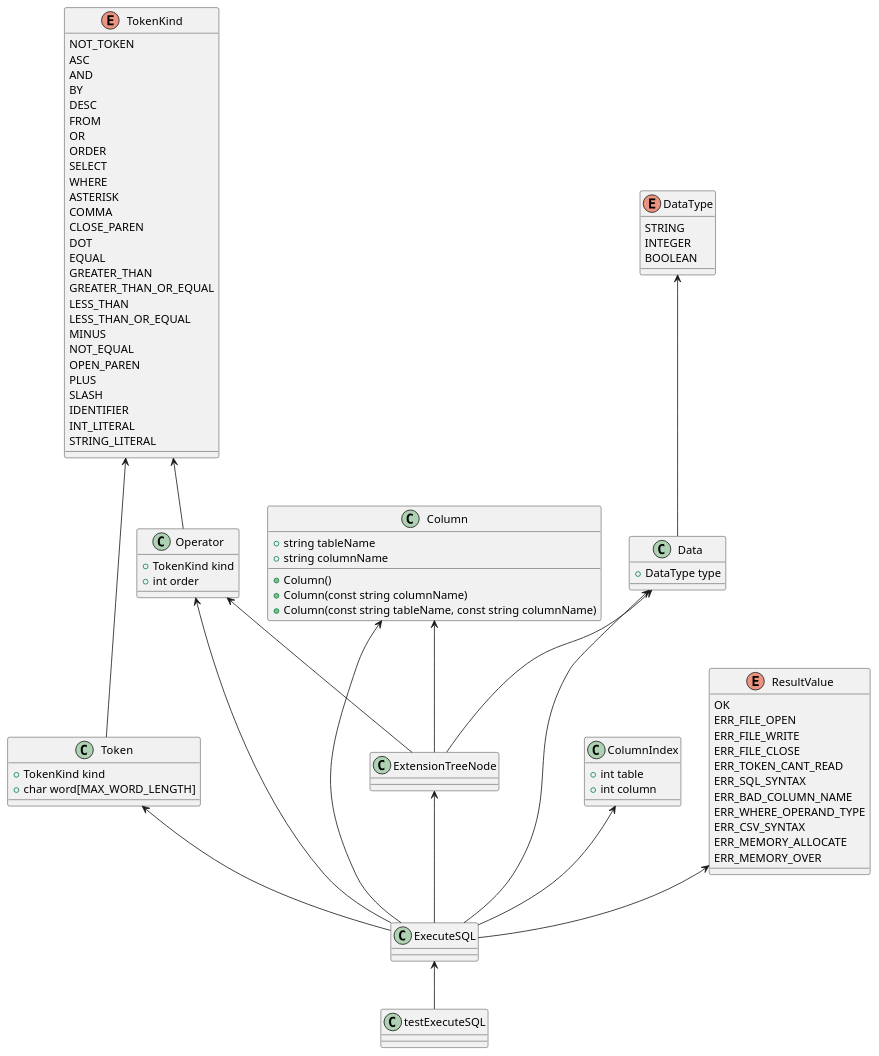
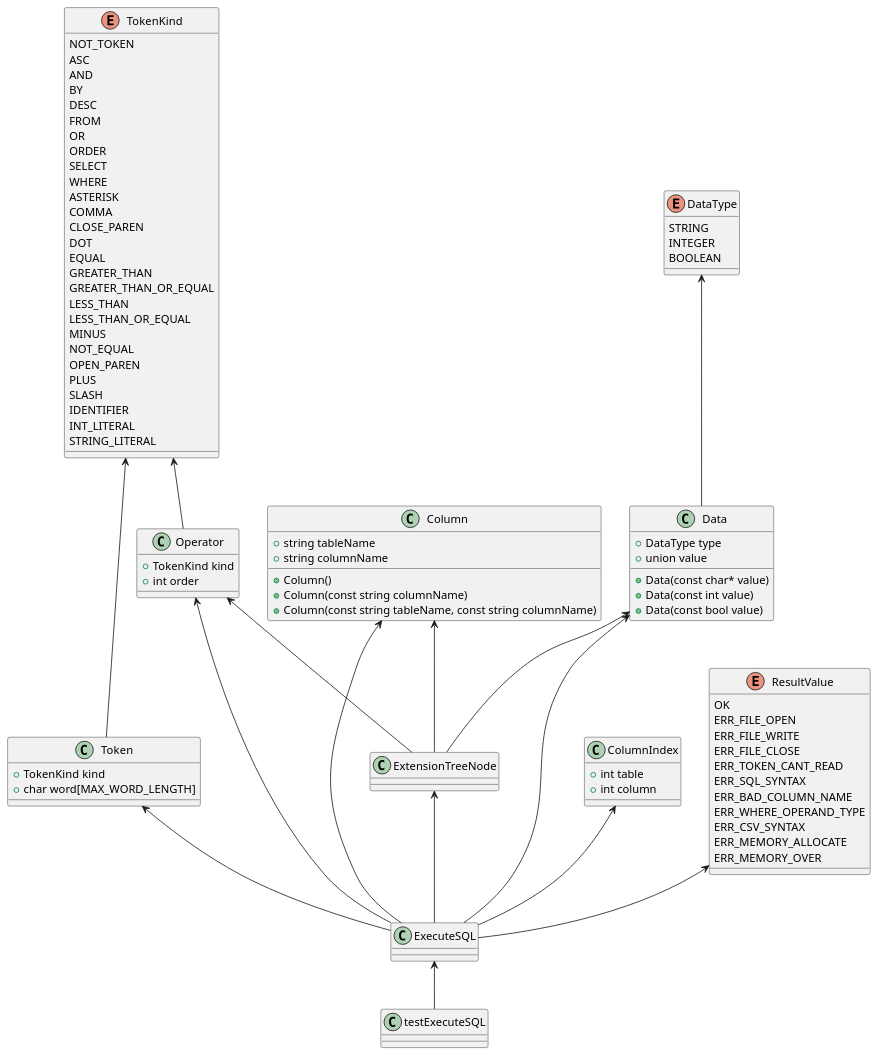
The diagram in ExecuteSQL.pu (yotten/TinySQL), drawn with PlantUML before and after one commit.

Commit message:
058.事前準備

```diff
--- a/ExecuteSQL.pu
+++ b/ExecuteSQL.pu
@@ -1,90 +1,94 @@
 @startuml
 
 class testExecuteSQL {}
 class ExecuteSQL {}
 class Data {
     +DataType type
+	+union value
+	+Data(const char* value)
+	+Data(const int value)
+	+Data(const bool value)
 }
 class Operator{
     +TokenKind kind
     +int order
 }
 class Token{
     +TokenKind kind
     +char word[MAX_WORD_LENGTH]
 }
 class ExtensionTreeNode{}
 class ColumnIndex{
     +int table
     +int column
 }
 class Column{
     +string tableName
     +string columnName
     +Column()
     +Column(const string columnName)
     +Column(const string tableName, const string columnName)
 }
 enum DataType{
    	STRING
 	INTEGER
 	BOOLEAN
 }
 enum TokenKind{
     NOT_TOKEN
 	ASC
 	AND
 	BY
 	DESC
 	FROM
 	OR
 	ORDER
 	SELECT
 	WHERE
 	ASTERISK
 	COMMA
 	CLOSE_PAREN
 	DOT
 	EQUAL
 	GREATER_THAN
 	GREATER_THAN_OR_EQUAL
 	LESS_THAN
 	LESS_THAN_OR_EQUAL
 	MINUS
 	NOT_EQUAL
 	OPEN_PAREN
 	PLUS
 	SLASH
 	IDENTIFIER
 	INT_LITERAL
 	STRING_LITERAL
 }
 enum ResultValue{
     OK
 	ERR_FILE_OPEN
 	ERR_FILE_WRITE
 	ERR_FILE_CLOSE
 	ERR_TOKEN_CANT_READ
 	ERR_SQL_SYNTAX
 	ERR_BAD_COLUMN_NAME
 	ERR_WHERE_OPERAND_TYPE
 	ERR_CSV_SYNTAX
 	ERR_MEMORY_ALLOCATE
 	ERR_MEMORY_OVER
 }
 
 ExecuteSQL <-- testExecuteSQL
 Data <-- ExecuteSQL
 Operator <-- ExecuteSQL
 Token <-- ExecuteSQL
 ExtensionTreeNode <-- ExecuteSQL
 ColumnIndex <-- ExecuteSQL
 Column <-- ExecuteSQL
 ResultValue <-- ExecuteSQL
 DataType <-- Data
 TokenKind <-- Token
 TokenKind <-- Operator
 Operator <-- ExtensionTreeNode
 Column <-- ExtensionTreeNode
 Data <-- ExtensionTreeNode
 @enduml
```
